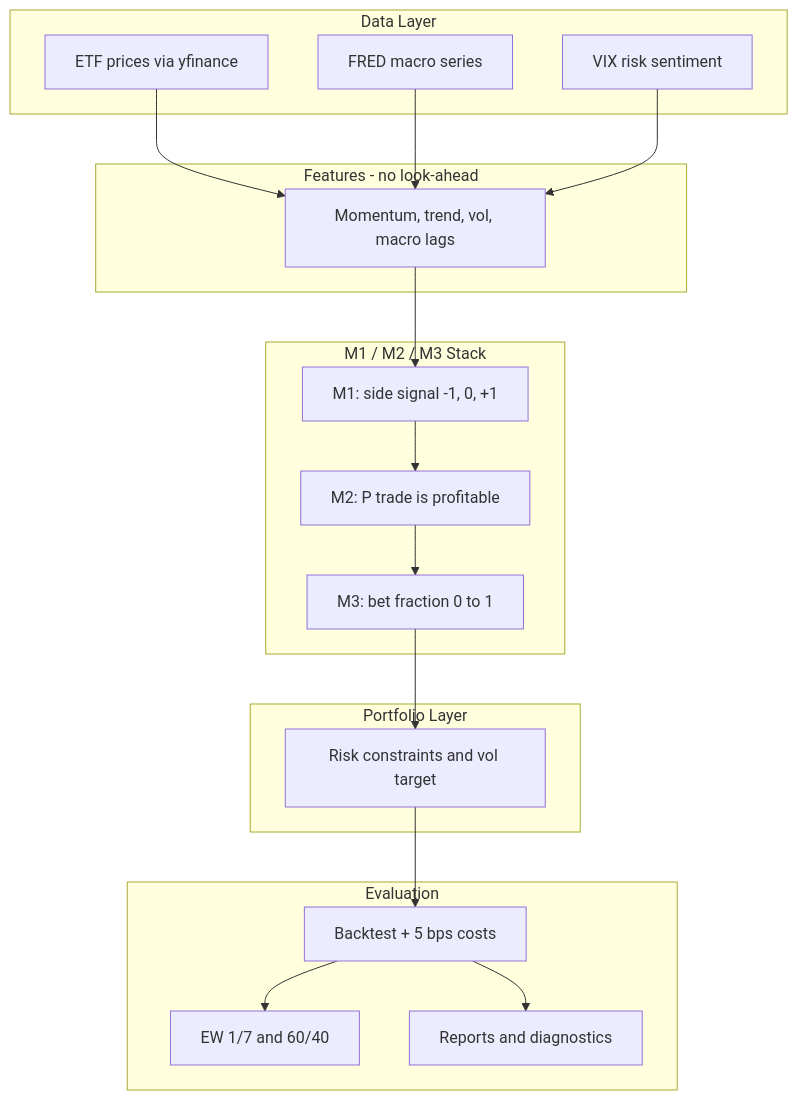
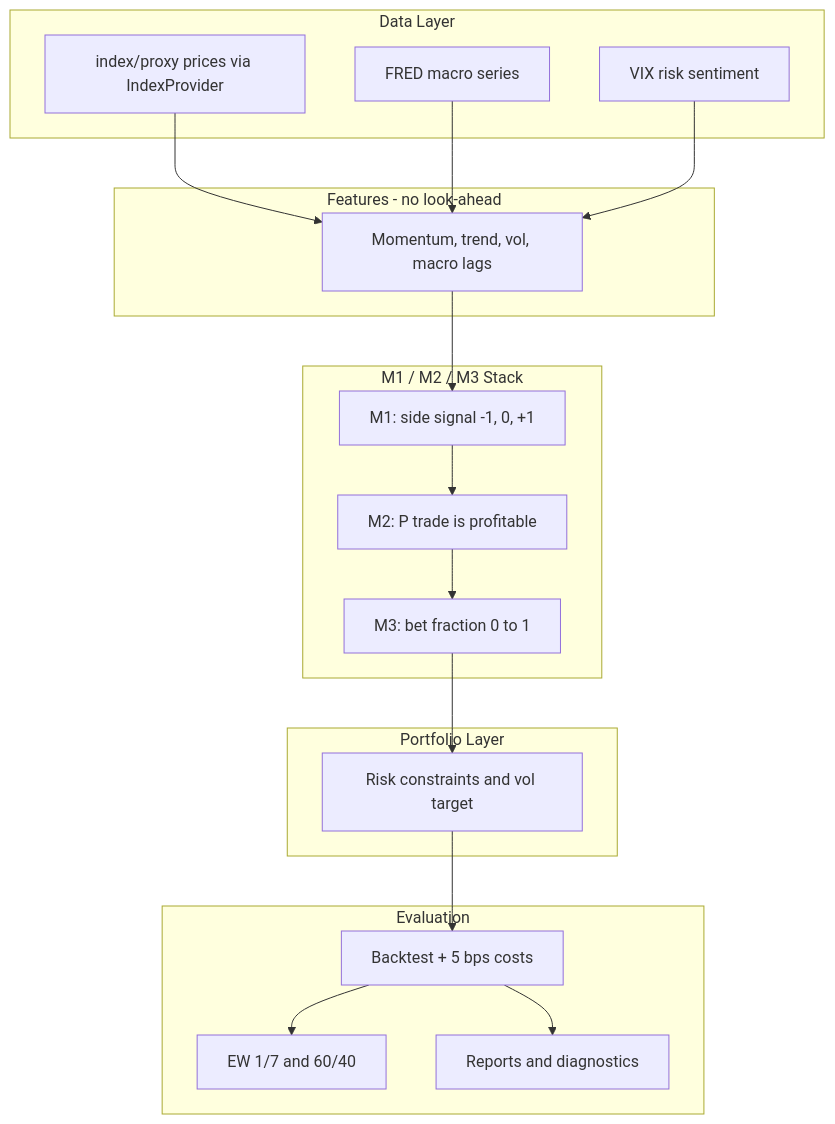
One commit to JiaWu23/SSGA-Summer2026 changed the diagram in ARCHITECTURE_BRIEFING.md. Above: the diagram before and after it, drawn with Mermaid. The commit also changed other lines of this file and 217 other files, not shown here.

````diff
--- a/ARCHITECTURE_BRIEFING.md
+++ b/ARCHITECTURE_BRIEFING.md
@@ -17,39 +17,39 @@
 ```mermaid
 flowchart TB
   subgraph data [Data Layer]
-    MKT[ETF prices via yfinance]
+    MKT[index/proxy prices via IndexProvider]
     MACRO[FRED macro series]
     VIX[VIX risk sentiment]
   end
 
   subgraph features [Features - no look-ahead]
     FE[Momentum, trend, vol, macro lags]
   end
 
   subgraph models [M1 / M2 / M3 Stack]
     M1[M1: side signal -1, 0, +1]
     M2[M2: P trade is profitable]
     M3[M3: bet fraction 0 to 1]
   end
 
   subgraph portfolio [Portfolio Layer]
     RISK[Risk constraints and vol target]
   end
 
   subgraph eval [Evaluation]
     BT[Backtest + 5 bps costs]
     BENCH[EW 1/7 and 60/40]
     RPT[Reports and diagnostics]
   end
 
   MKT --> FE
   MACRO --> FE
   VIX --> FE
   FE --> M1
   M1 --> M2
   M2 --> M3
   M3 --> RISK
   RISK --> BT
   BT --> BENCH
   BT --> RPT
 ```
````
